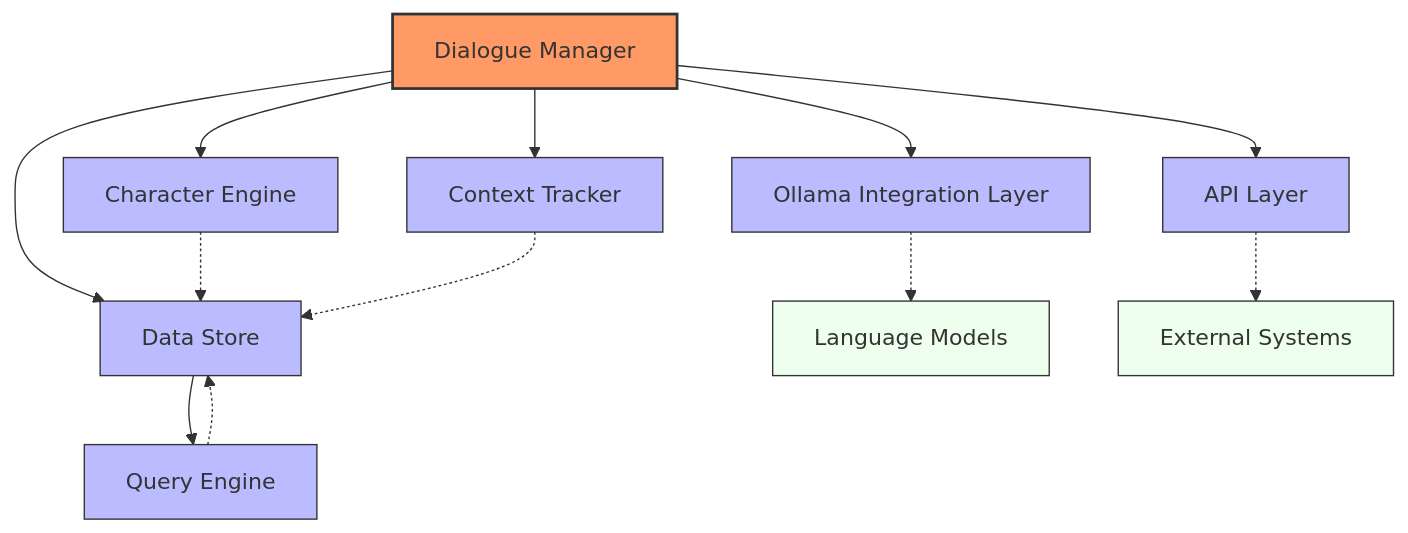
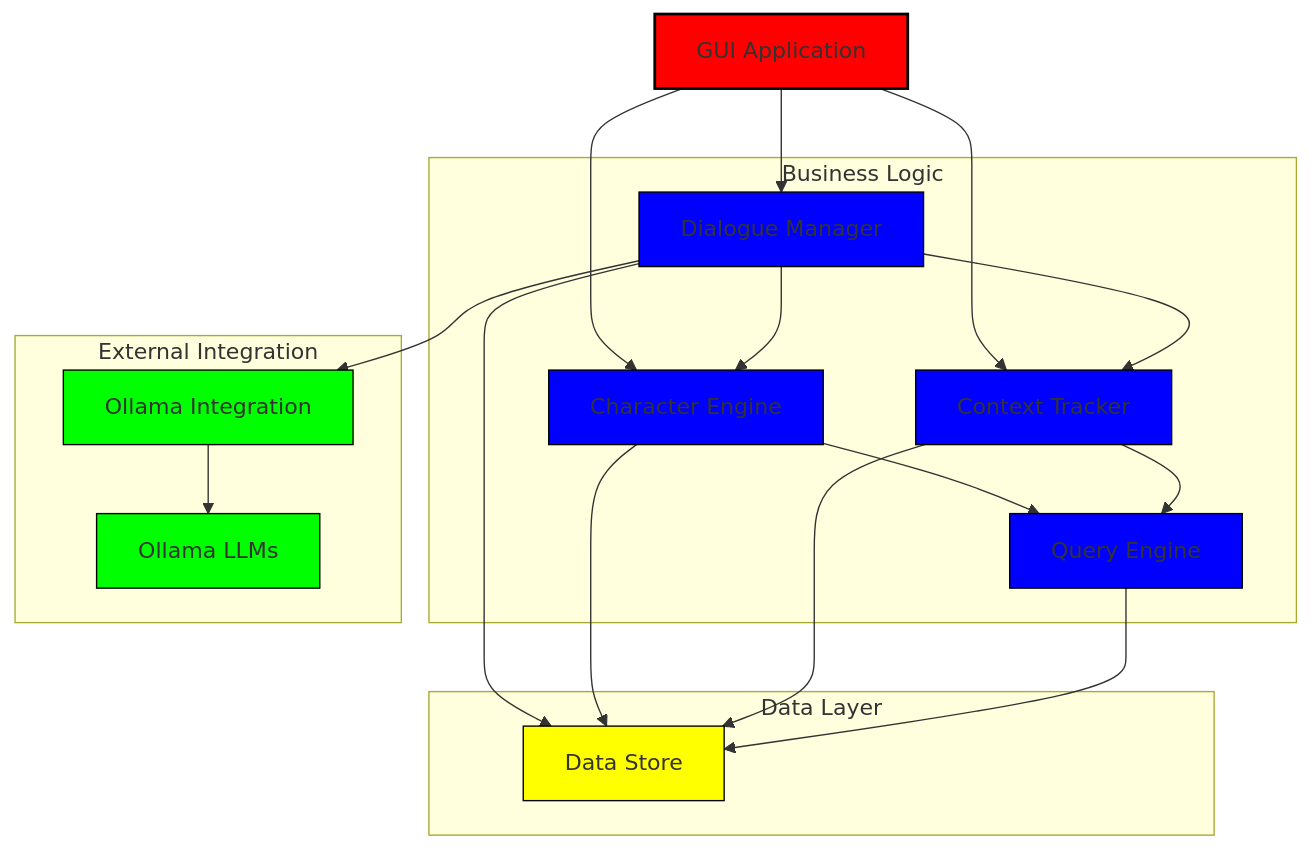
One commit to NaXzyu/StoryTeller changed the third of 23 diagrams in docs/Specification.md. Above: the diagram before and after it, drawn with Mermaid. The commit also changed other lines of this file and 5 other files, not shown here.

````diff
--- a/docs/Specification.md
+++ b/docs/Specification.md
@@ -64,23 +221,47 @@
 ```mermaid
 graph TD
-    DM[Dialogue Manager] --> CE[Character Engine]
-    DM --> CT[Context Tracker]
-    DM --> OIL[Ollama Integration Layer]
+    GUI[GUI Application] --> DM[Dialogue Manager]
+    GUI --> CE[Character Engine]
+    GUI --> CT[Context Tracker]
+    
+    DM --> CE
+    DM --> CT
+    DM --> OIL[Ollama Integration]
     DM --> DS[Data Store]
-    DS --> QE[Query Engine]
-    DM --> API[API Layer]
     
-    CE -.-> DS
-    CT -.-> DS
-    OIL -.-> LLM[Language Models]
-    QE -.-> DS
-    API -.-> External[External Systems]
+    CE --> DS
+    CE --> QE[Query Engine]
     
-    classDef main fill:#f96,stroke:#333,stroke-width:2px
-    classDef secondary fill:#bbf,stroke:#333,stroke-width:1px
-    classDef external fill:#efe,stroke:#333,stroke-width:1px
+    CT --> DS
+    CT --> QE
     
-    class DM main
-    class CE,CT,OIL,DS,QE,API secondary
-    class LLM,External external
+    QE --> DS
+    
+    OIL --> LLM[Ollama LLMs]
+    
+    subgraph Data Layer
+        DS
+    end
+    
+    subgraph Business Logic
+        DM
+        CE
+        CT
+        QE
+    end
+    
+    subgraph External Integration
+        OIL
+        LLM
+    end
+    
+    classDef gui fill:#FF0000,stroke:#000000,stroke-width:2px
+    classDef logic fill:#0000FF,stroke:#000000,stroke-width:1px
+    classDef data fill:#FFFF00,stroke:#000000,stroke-width:1px
+    classDef external fill:#00FF00,stroke:#000000,stroke-width:1px
+    
+    class GUI gui
+    class DM,CE,CT,QE logic
+    class DS data
+    class OIL,LLM external
 ```
````
